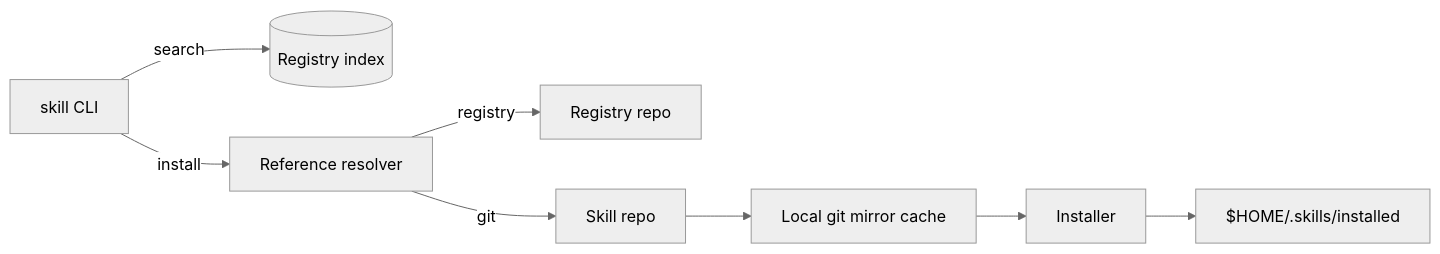
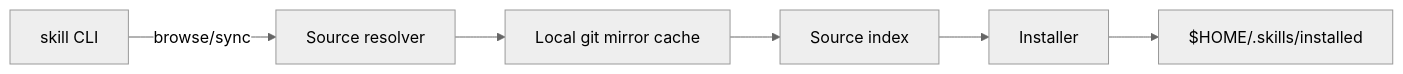
The diagram in README.md (philipesteiff/skill), drawn with Mermaid (neutral theme) before and after one commit. The commit also changed other lines of this file and 27 other files, not shown here.

````diff
--- a/README.md
+++ b/README.md
@@ -14,11 +14,9 @@
 ```mermaid
 flowchart LR
   CLI[skill CLI]
-  CLI -->|search| RegistryIndex[(Registry index)]
-  CLI -->|install| Resolver[Reference resolver]
-  Resolver -->|registry| RegistryRepo[Registry repo]
-  Resolver -->|git| SkillRepo[Skill repo]
-  SkillRepo --> Mirror[Local git mirror cache]
-  Mirror --> Installer[Installer]
+  CLI -->|browse/sync| Source[Source resolver]
+  Source --> Mirror[Local git mirror cache]
+  Mirror --> Indexer[Source index]
+  Indexer --> Installer[Installer]
   Installer --> SkillsHome[$HOME/.skills/installed]
 ```
````
